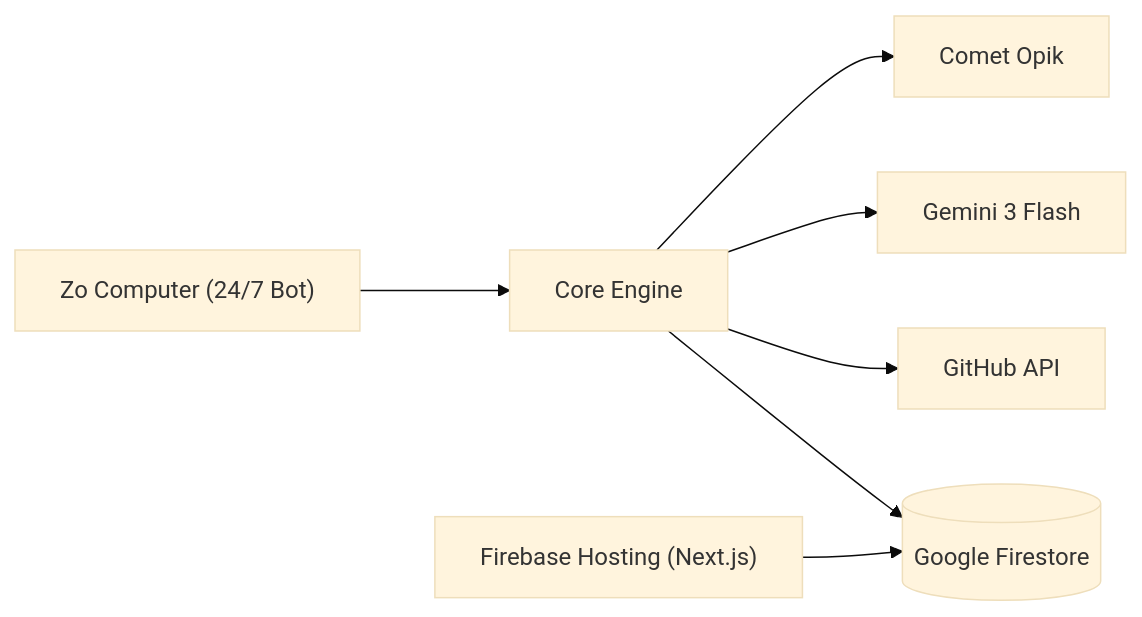
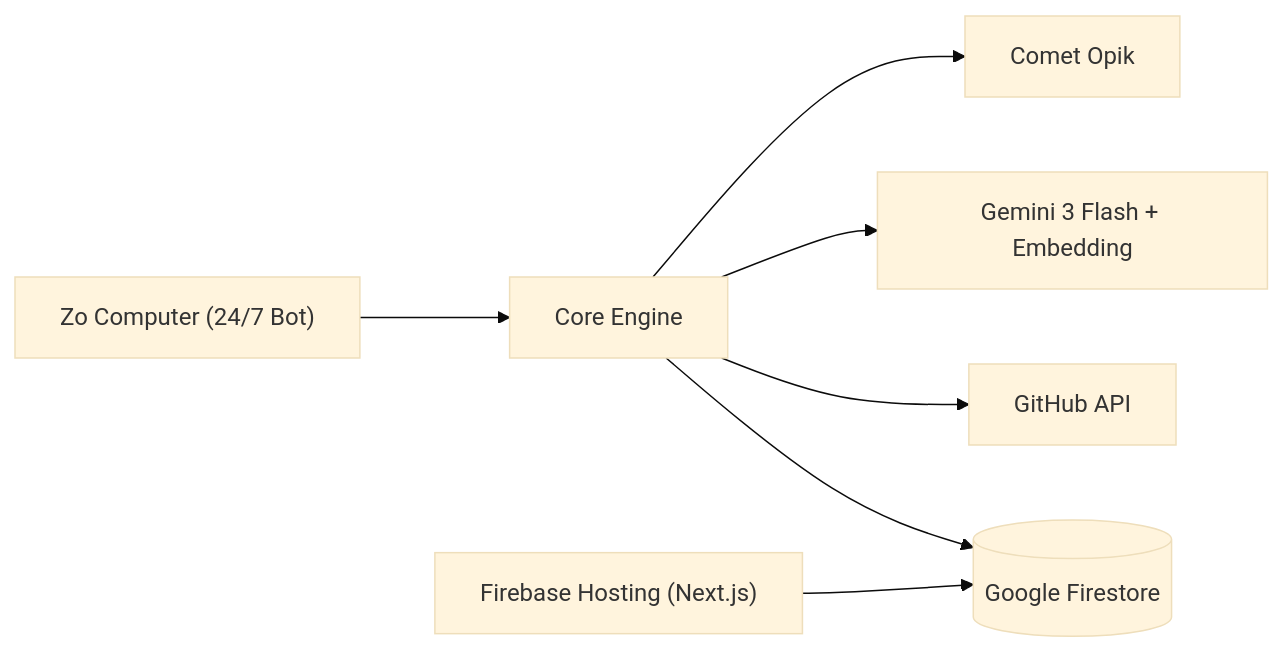
Before and after one commit to nashy3k/momentum-shadow-dev: the second of 2 diagrams in README.md, drawn with Mermaid (base theme). The commit also changed other lines of this file and 2 other files, not shown here.

````diff
--- a/README.md
+++ b/README.md
@@ -154,9 +164,9 @@
 ```mermaid
 flowchart LR
     Zo["Zo Computer (24/7 Bot)"] --> Engine[Core Engine]
     Engine --> Opik[Comet Opik]
-    Engine --> Gemini[Gemini 3 Flash]
+    Engine --> Gemini[Gemini 3 Flash + Embedding]
     Engine --> GitHub[GitHub API]
     Engine --> DB[(Google Firestore)]
     Dashboard["Firebase Hosting (Next.js)"] --> DB
 ```
````
